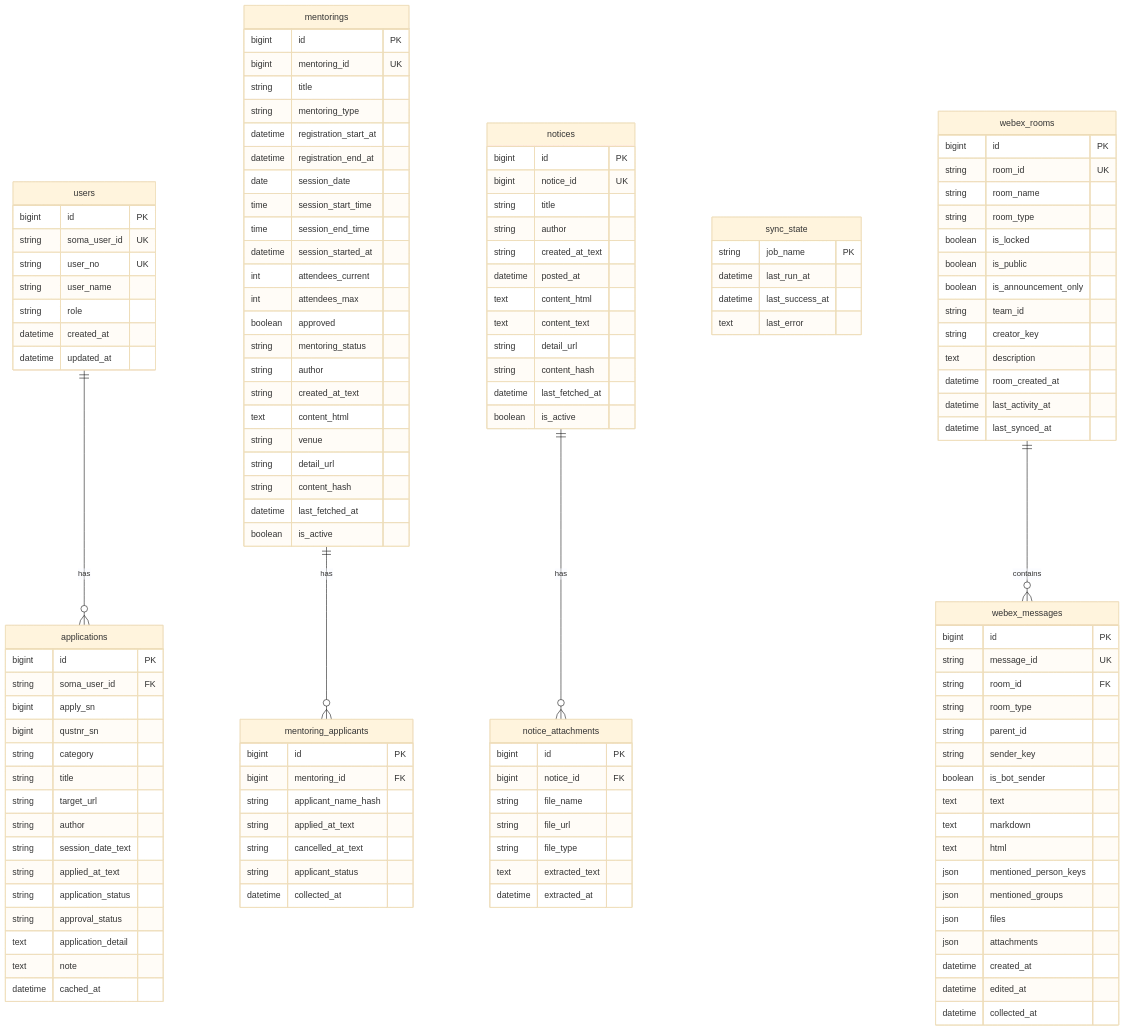
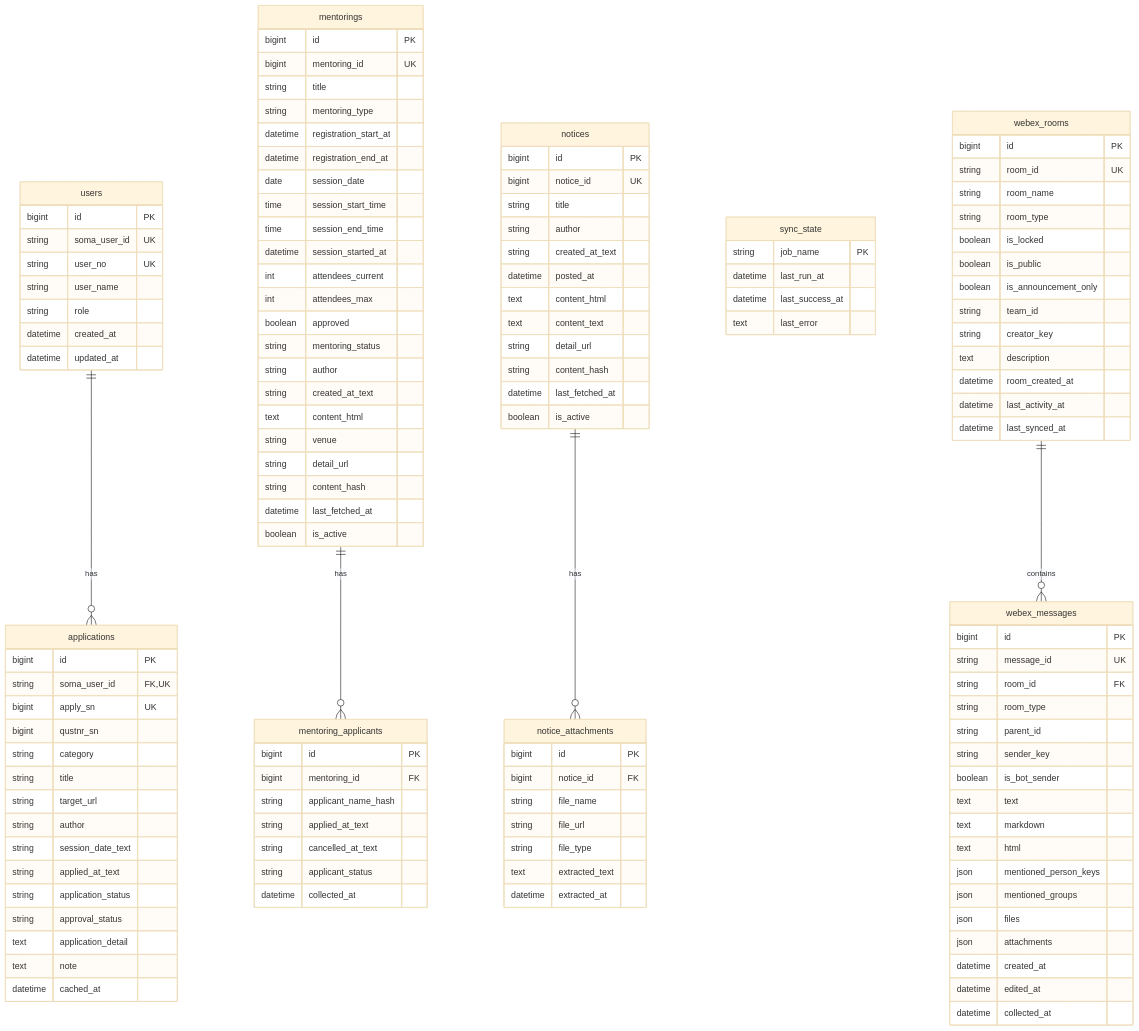
One commit to soma17th-ai5/soma-agent changed the diagram in README.md. Above: the diagram before and after it, drawn with Mermaid (base theme).

Commit message:
fix : 유니크 키 명시적 추가

```diff
--- a/README.md
+++ b/README.md
@@ -16,8 +16,8 @@
 
     applications {
         bigint id PK
-        string soma_user_id FK
-        bigint apply_sn
+        string soma_user_id FK,UK
+        bigint apply_sn UK
         bigint qustnr_sn
         string category
         string title
```
